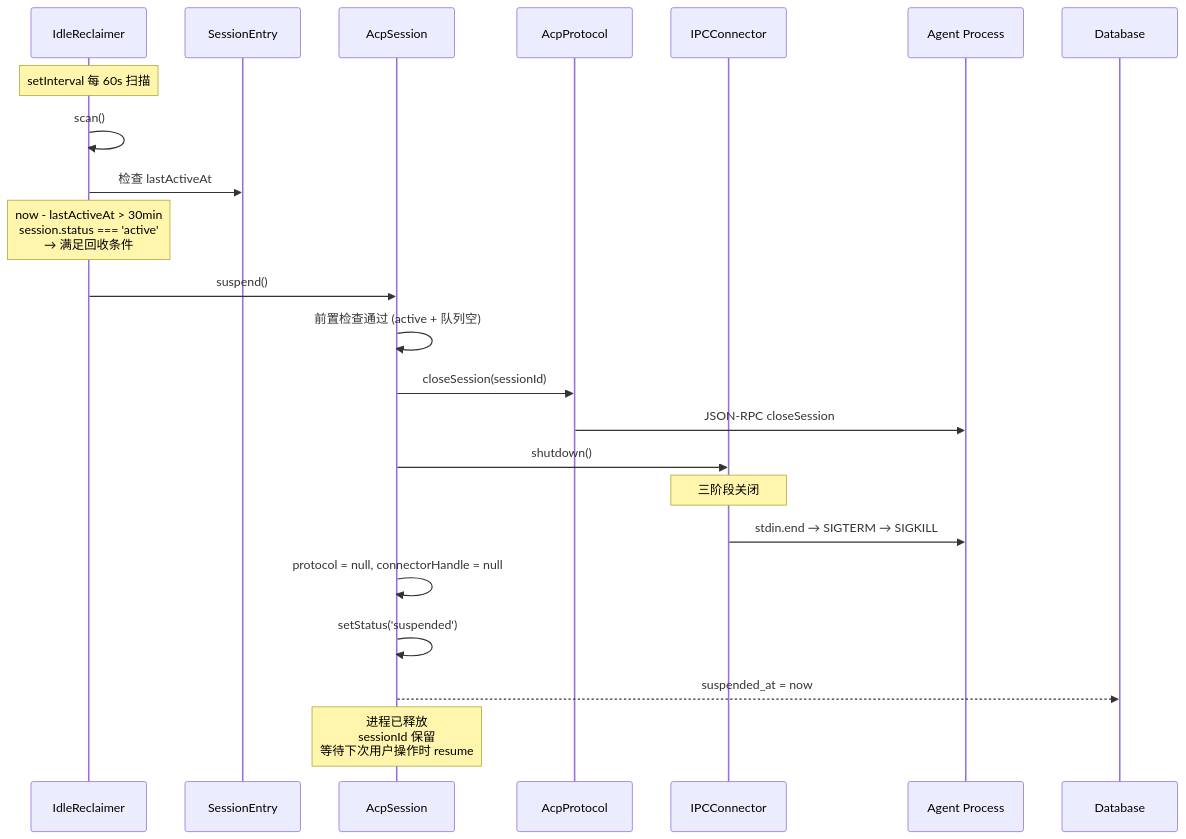
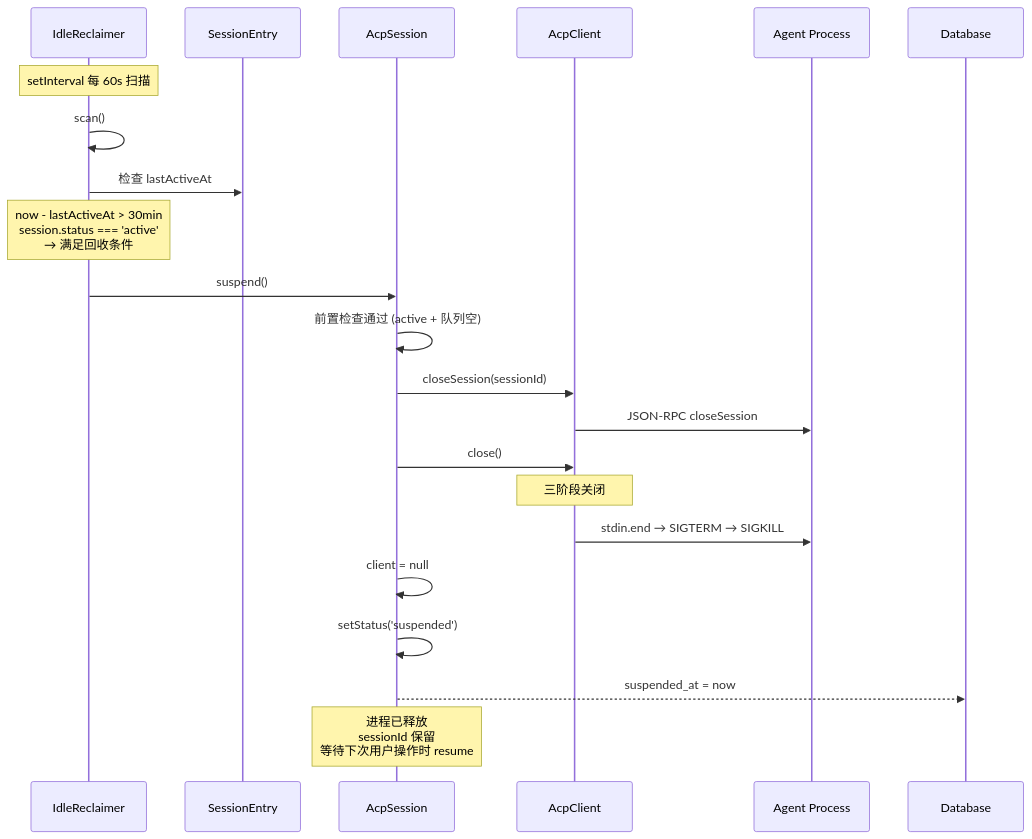
The eighth of 12 diagrams in docs/feature/acp-rewrite/06-scenario-walkthrough.md (iOfficeAI/AionUi), drawn with Mermaid before and after one commit. The commit also changed other lines of this file and 22 other files, not shown here.

First line of the commit message:
refactor(acp): replace Connector+Protocol with AcpClient single-owner pattern

````diff
--- a/docs/feature/acp-rewrite/06-scenario-walkthrough.md
+++ b/docs/feature/acp-rewrite/06-scenario-walkthrough.md
@@ -699,30 +686,29 @@
 ```mermaid
 sequenceDiagram
     participant IR as IdleReclaimer
     participant SE as SessionEntry
     participant S as AcpSession
-    participant P as AcpProtocol
-    participant C as IPCConnector
+    participant CL as AcpClient
     participant A as Agent Process
     participant DB as Database
 
     Note over IR: setInterval 每 60s 扫描
 
     IR->>IR: scan()
     IR->>SE: 检查 lastActiveAt
 
     Note over IR: now - lastActiveAt > 30min<br/>session.status === 'active'<br/>→ 满足回收条件
 
     IR->>S: suspend()
     S->>S: 前置检查通过 (active + 队列空)
-    S->>P: closeSession(sessionId)
-    P->>A: JSON-RPC closeSession
-    S->>C: shutdown()
-    Note over C: 三阶段关闭
-    C->>A: stdin.end → SIGTERM → SIGKILL
-    S->>S: protocol = null, connectorHandle = null
+    S->>CL: closeSession(sessionId)
+    CL->>A: JSON-RPC closeSession
+    S->>CL: close()
+    Note over CL: 三阶段关闭
+    CL->>A: stdin.end → SIGTERM → SIGKILL
+    S->>S: client = null
     S->>S: setStatus('suspended')
     S-->>DB: suspended_at = now
 
     Note over S: 进程已释放<br/>sessionId 保留<br/>等待下次用户操作时 resume
 ```
````
